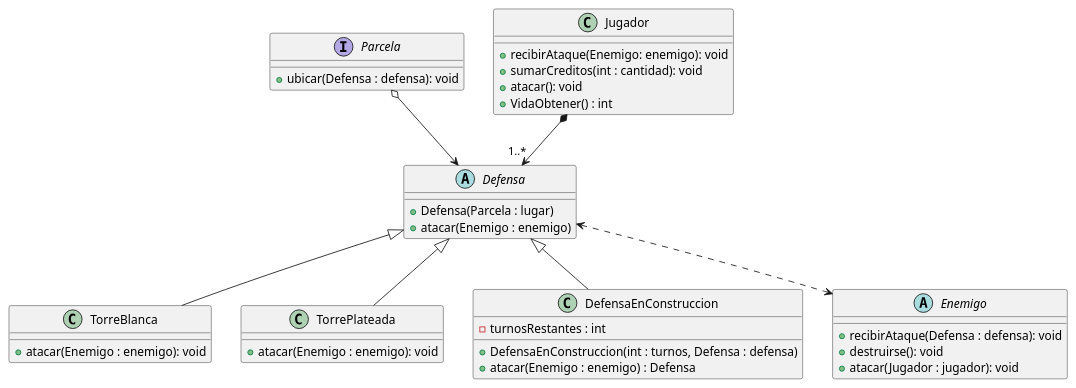
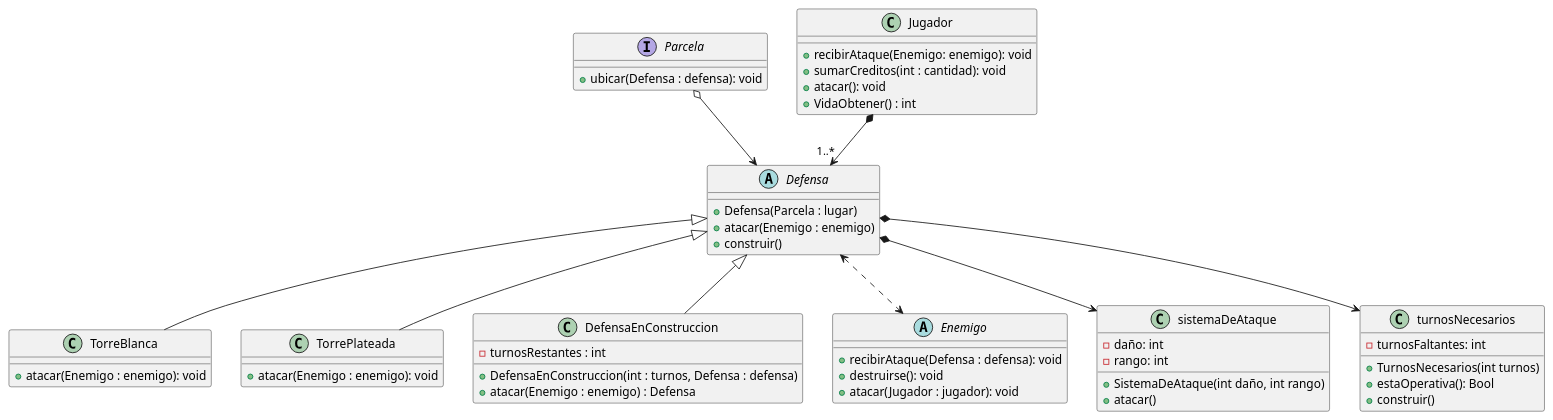
The diagram in diagrams/classes/defensa_class_diagram.puml (franzimbi/algo3_tp2), drawn with PlantUML before and after one commit. The commit also changed 7 other files, not shown here.

Commit message:
update: test02 entrega1 y plant uml

```diff
--- a/diagrams/classes/defensa_class_diagram.puml
+++ b/diagrams/classes/defensa_class_diagram.puml
@@ -1,48 +1,65 @@
 @startuml
 'https://plantuml.com/class-diagram
 
 abstract class Defensa {
     +Defensa(Parcela : lugar)
     +atacar(Enemigo : enemigo)
+    +construir()
 }
 
 class TorreBlanca{
     +atacar(Enemigo : enemigo): void
 }
 
 class TorrePlateada{
     +atacar(Enemigo : enemigo): void
 }
 
 interface Parcela {
     +ubicar(Defensa : defensa): void
 }
 
 class DefensaEnConstruccion{
     -turnosRestantes : int
     +DefensaEnConstruccion(int : turnos, Defensa : defensa)
     +atacar(Enemigo : enemigo) : Defensa
 }
 
 abstract class Enemigo {
     +recibirAtaque(Defensa : defensa): void
     +destruirse(): void
     +atacar(Jugador : jugador): void
 }
 
 class Jugador {
     +recibirAtaque(Enemigo: enemigo): void
     +sumarCreditos(int : cantidad): void
     +atacar(): void
     +VidaObtener() : int
 }
 
+class sistemaDeAtaque{
+    -daño: int
+    -rango: int
+    +SistemaDeAtaque(int daño, int rango)
+    +atacar()
+}
+
+class turnosNecesarios{
+    -turnosFaltantes: int
+    +TurnosNecesarios(int turnos)
+    +estaOperativa(): Bool
+    +construir()
+}
+
 Defensa <|-- TorreBlanca
 Defensa <|-- TorrePlateada
 Defensa <..> Enemigo
 Parcela o--> Defensa
 Jugador  *--> "1..*" Defensa
 Defensa <|-- DefensaEnConstruccion
+Defensa *--> sistemaDeAtaque
+Defensa *--> turnosNecesarios
 
 
 @enduml
```
